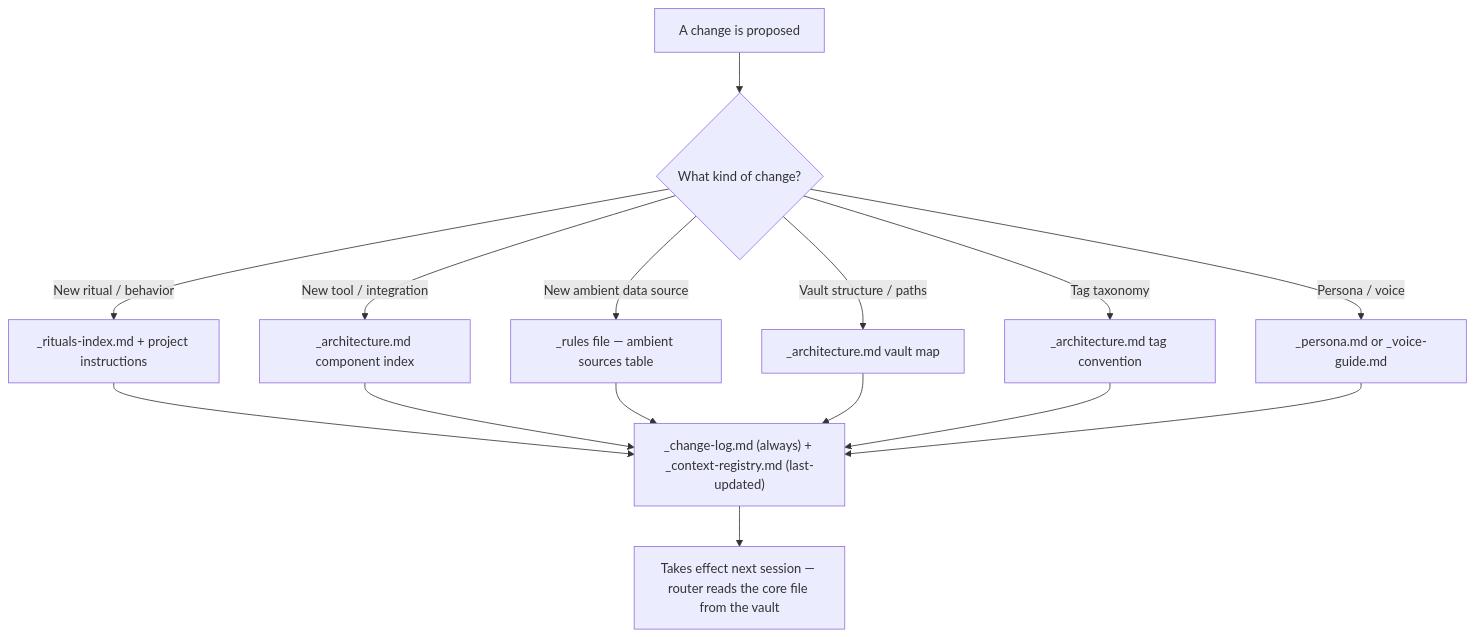
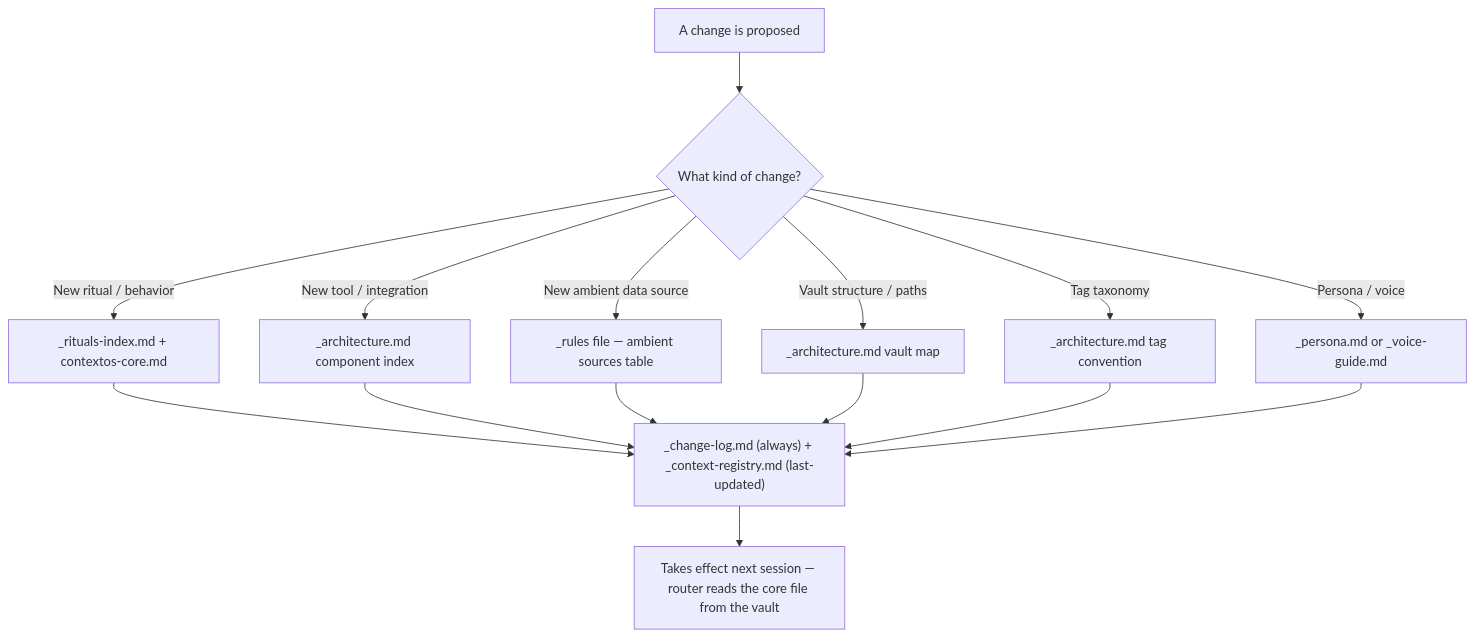
The second of 2 diagrams in docs/02-architecture.md (dashtink/contextos), drawn with Mermaid before and after one commit. The commit also changed other lines of this file and 9 other files, not shown here.

````diff
--- a/docs/02-architecture.md
+++ b/docs/02-architecture.md
@@ -160,12 +160,12 @@
 ```mermaid
 flowchart TD
     A[A change is proposed] --> B{What kind of change?}
-    B -->|New ritual / behavior| C1["_rituals-index.md + project instructions"]
+    B -->|New ritual / behavior| C1["_rituals-index.md + contextos-core.md"]
     B -->|New tool / integration| C2["_architecture.md component index"]
     B -->|New ambient data source| C3["_rules file — ambient sources table"]
     B -->|Vault structure / paths| C4["_architecture.md vault map"]
     B -->|Tag taxonomy| C5["_architecture.md tag convention"]
     B -->|Persona / voice| C6["_persona.md or _voice-guide.md"]
     C1 & C2 & C3 & C4 & C5 & C6 --> D["_change-log.md (always) + _context-registry.md (last-updated)"]
     D --> E[Takes effect next session — router reads the core file from the vault]
 ```
````
